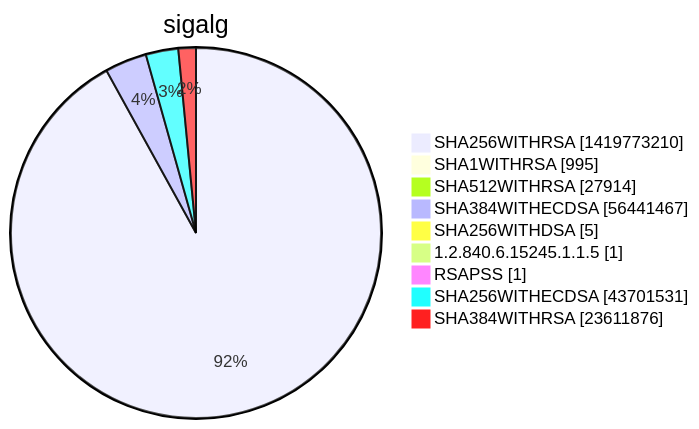
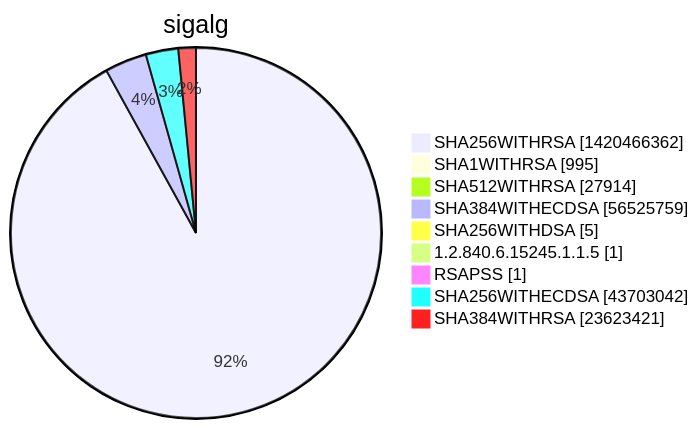
One commit to christiankrug/ctmonitor_visualization changed diagram 15 of 15 in xenon2022/README.md. Above: the diagram before and after it, drawn with Mermaid. The commit also changed other lines of this file, not shown here.

````diff
--- a/xenon2022/README.md
+++ b/xenon2022/README.md
@@ -5858,13 +5858,13 @@
 ```mermaid
 pie showData
 title sigalg
-"SHA256WITHRSA" :1419773210
+"SHA256WITHRSA" :1420466362
 "SHA1WITHRSA" :995
 "SHA512WITHRSA" :27914
-"SHA384WITHECDSA" :56441467
+"SHA384WITHECDSA" :56525759
 "SHA256WITHDSA" :5
 "1.2.840.6.15245.1.1.5" :1
 "RSAPSS" :1
-"SHA256WITHECDSA" :43701531
-"SHA384WITHRSA" :23611876
+"SHA256WITHECDSA" :43703042
+"SHA384WITHRSA" :23623421
 ```
````
